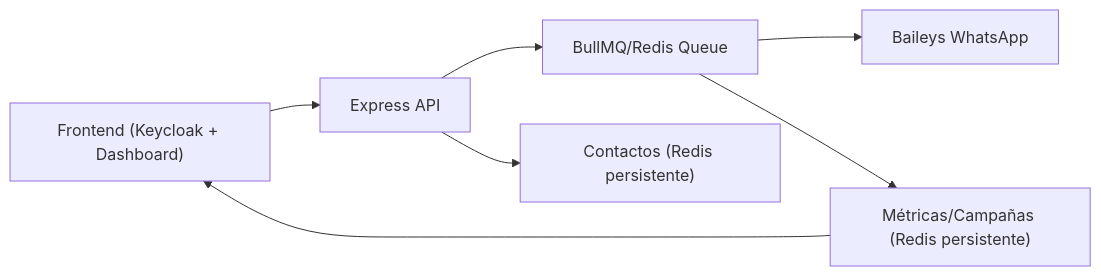
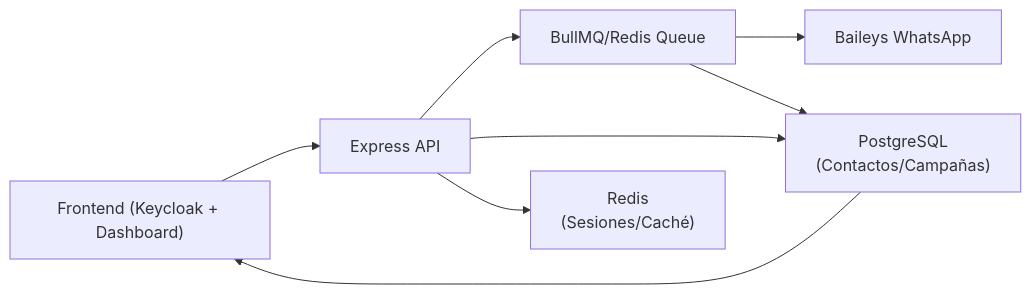
One commit to poravv/message-sender changed the first of 3 diagrams in README.md. Above: the diagram before and after it, drawn with Mermaid. The commit also changed other lines of this file and 13 other files, not shown here.

First line of the commit message:
feat: PostgreSQL con Longhorn, botón limpiar caché, docs Mermaid

````diff
--- a/README.md
+++ b/README.md
@@ -169,9 +190,10 @@
 ```mermaid
 flowchart LR
   UI["Frontend (Keycloak + Dashboard)"] --> API["Express API"]
   API --> Q["BullMQ/Redis Queue"]
-  API --> C["Contactos (Redis persistente)"]
+  API --> PG["PostgreSQL<br/>(Contactos/Campañas)"]
+  API --> R["Redis<br/>(Sesiones/Caché)"]
   Q --> WA["Baileys WhatsApp"]
-  Q --> M["Métricas/Campañas (Redis persistente)"]
-  M --> UI
+  Q --> PG
+  PG --> UI
 ```
````
